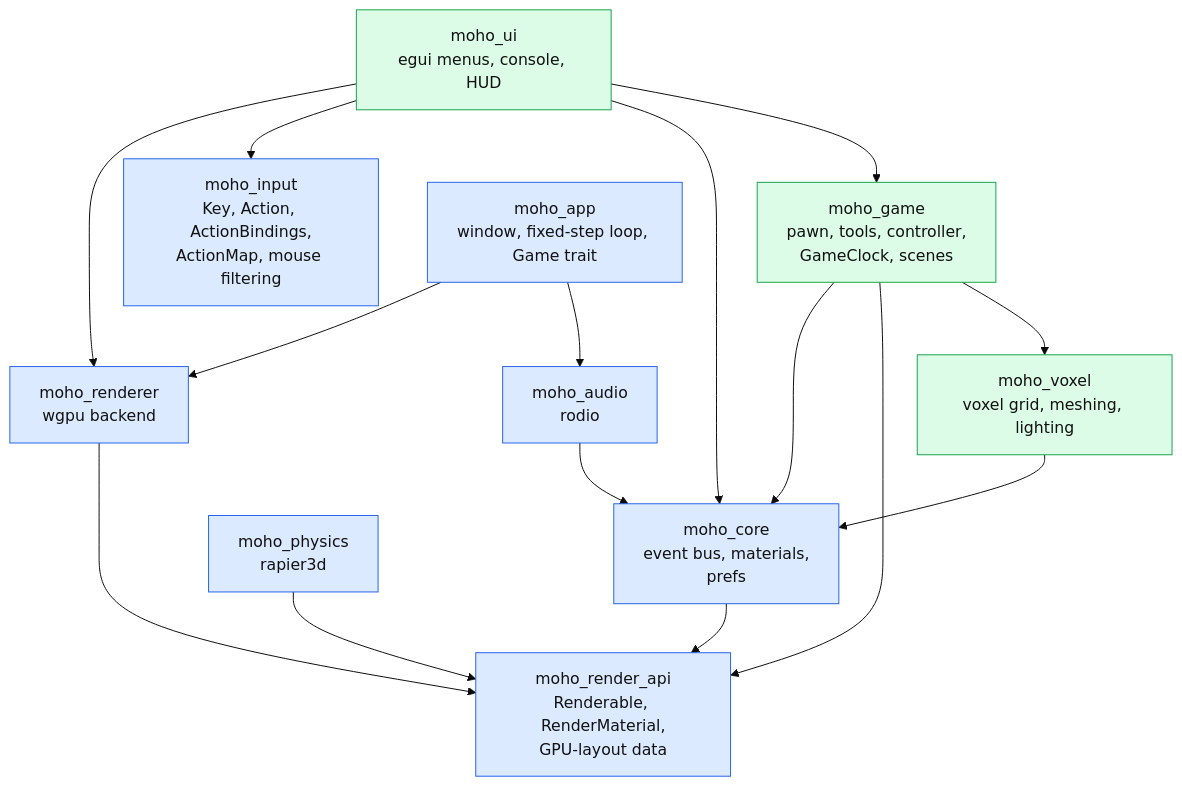
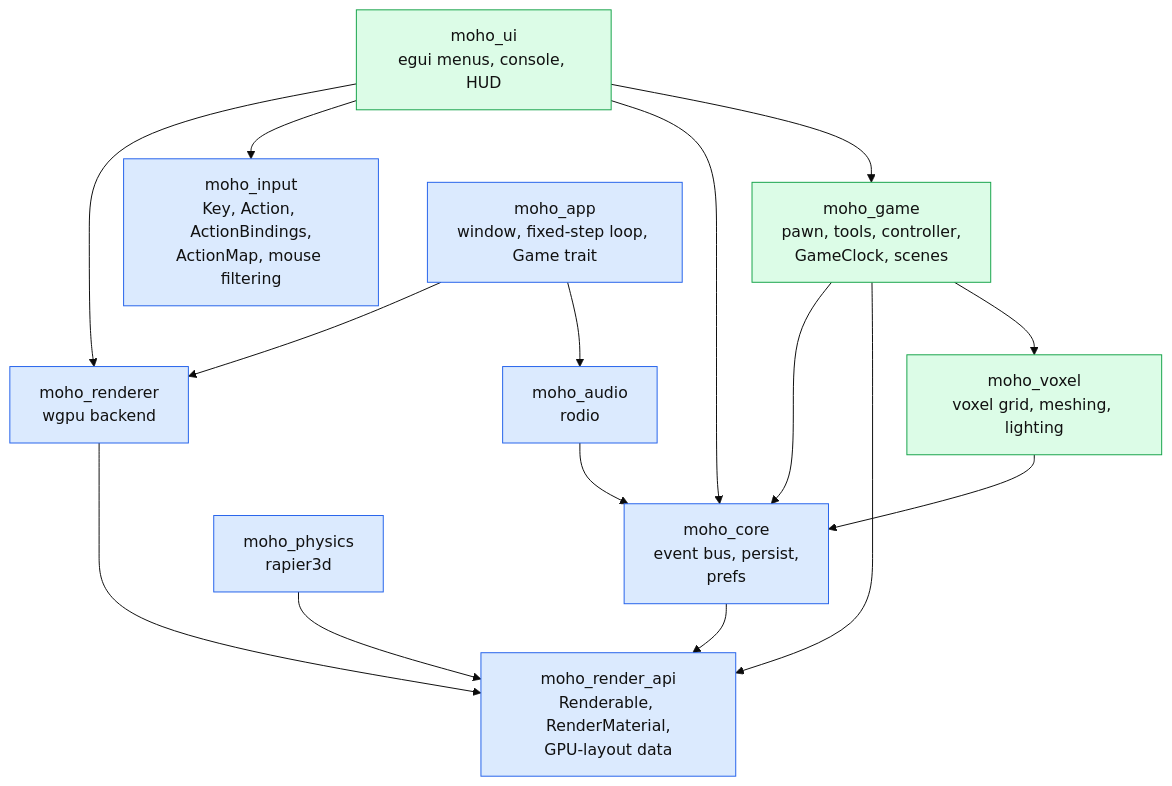
The first of 3 diagrams in wiki/architecture/overview.md (WrackedFella/moho), drawn with Mermaid (base theme) before and after one commit. The commit also changed other lines of this file and 3 other files, not shown here.

First line of the commit message:
docs(voxel): materials and world events are documented under moho_voxel

````diff
--- a/wiki/architecture/overview.md
+++ b/wiki/architecture/overview.md
@@ -17,26 +17,26 @@
 ```mermaid
 flowchart TD
     ui["moho_ui<br/>egui menus, console, HUD"]:::strategy
     game["moho_game<br/>pawn, tools, controller,<br/>GameClock, scenes"]:::strategy
     voxel["moho_voxel<br/>voxel grid, meshing, lighting"]:::strategy
 
     renderer["moho_renderer<br/>wgpu backend"]:::engine
     rapi["moho_render_api<br/>Renderable, RenderMaterial,<br/>GPU-layout data"]:::engine
-    core["moho_core<br/>event bus, materials,<br/>prefs"]:::engine
+    core["moho_core<br/>event bus, persist,<br/>prefs"]:::engine
     audio["moho_audio<br/>rodio"]:::engine
     physics["moho_physics<br/>rapier3d"]:::engine
     input["moho_input<br/>Key, Action, ActionBindings,<br/>ActionMap, mouse filtering"]:::engine
     app["moho_app<br/>window, fixed-step loop, Game trait"]:::engine
 
     ui --> renderer & input & core & game
     game --> core & rapi & voxel
     voxel --> core
     renderer --> rapi
     app --> renderer & audio
     audio --> core
     physics --> rapi
     core --> rapi
 
     classDef engine fill:#dbeafe,stroke:#2563eb,color:#111
     classDef strategy fill:#dcfce7,stroke:#16a34a,color:#111
 ```
````
